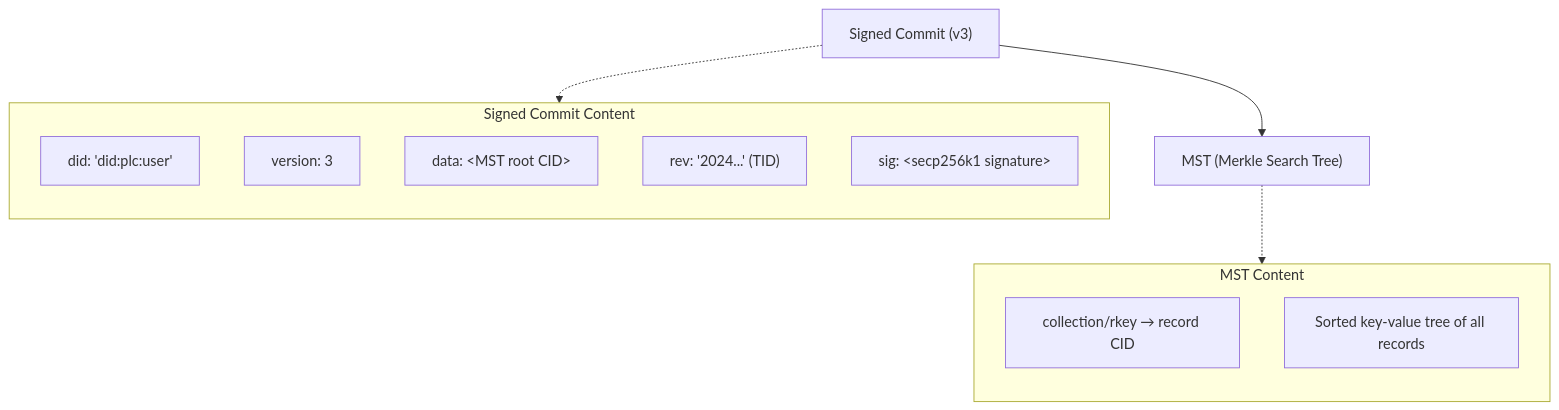
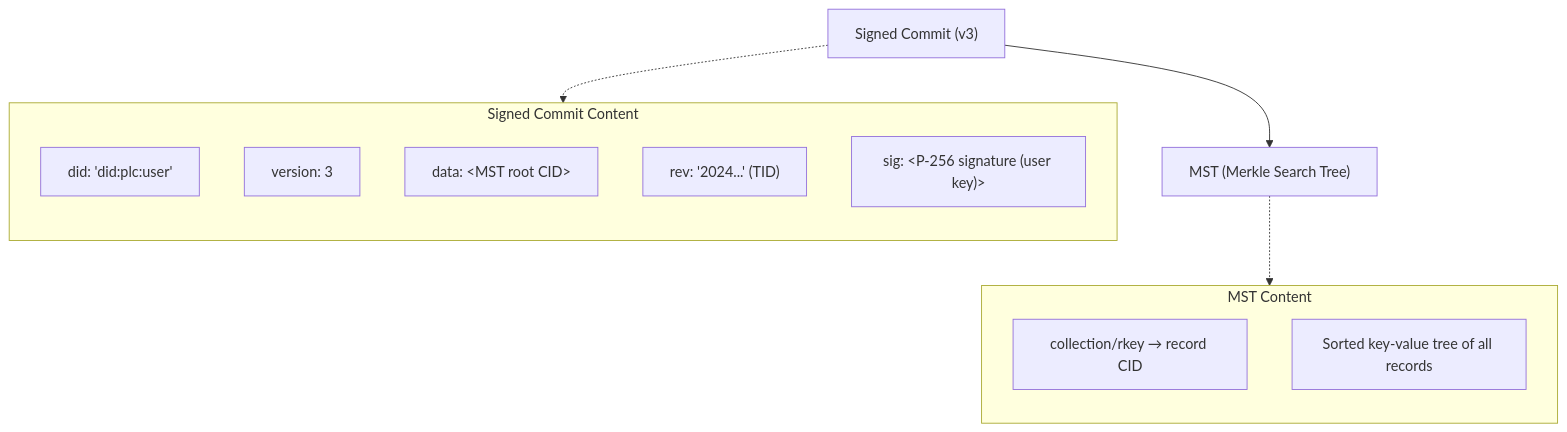
The fifth of 5 diagrams in docs/operator-guide.md (NorthskySocial/stratos), drawn with Mermaid before and after one commit. The commit also changed other lines of this file and 4 other files, not shown here.

````diff
--- a/docs/operator-guide.md
+++ b/docs/operator-guide.md
@@ -140,22 +140,22 @@
 ```mermaid
 graph TD
     Commit["Signed Commit (v3)"] --> MST["MST (Merkle Search Tree)"]
 
     subgraph CommitInfo ["Signed Commit Content"]
         direction TB
         C1["did: 'did:plc:user'"]
         C2["version: 3"]
         C3["data: &lt;MST root CID&gt;"]
         C4["rev: '2024...' (TID)"]
-        C5["sig: &lt;secp256k1 signature&gt;"]
+        C5["sig: &lt;P-256 signature (user key)&gt;"]
     end
 
     subgraph MSTInfo ["MST Content"]
         direction TB
         M1["collection/rkey → record CID"]
         M2["Sorted key-value tree of all records"]
     end
 
     Commit -.-> CommitInfo
     MST -.-> MSTInfo
 ```
````
